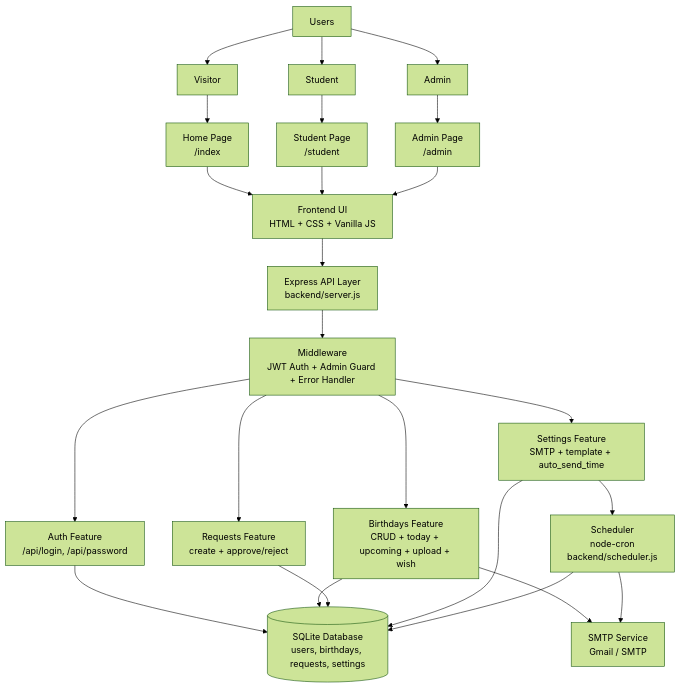
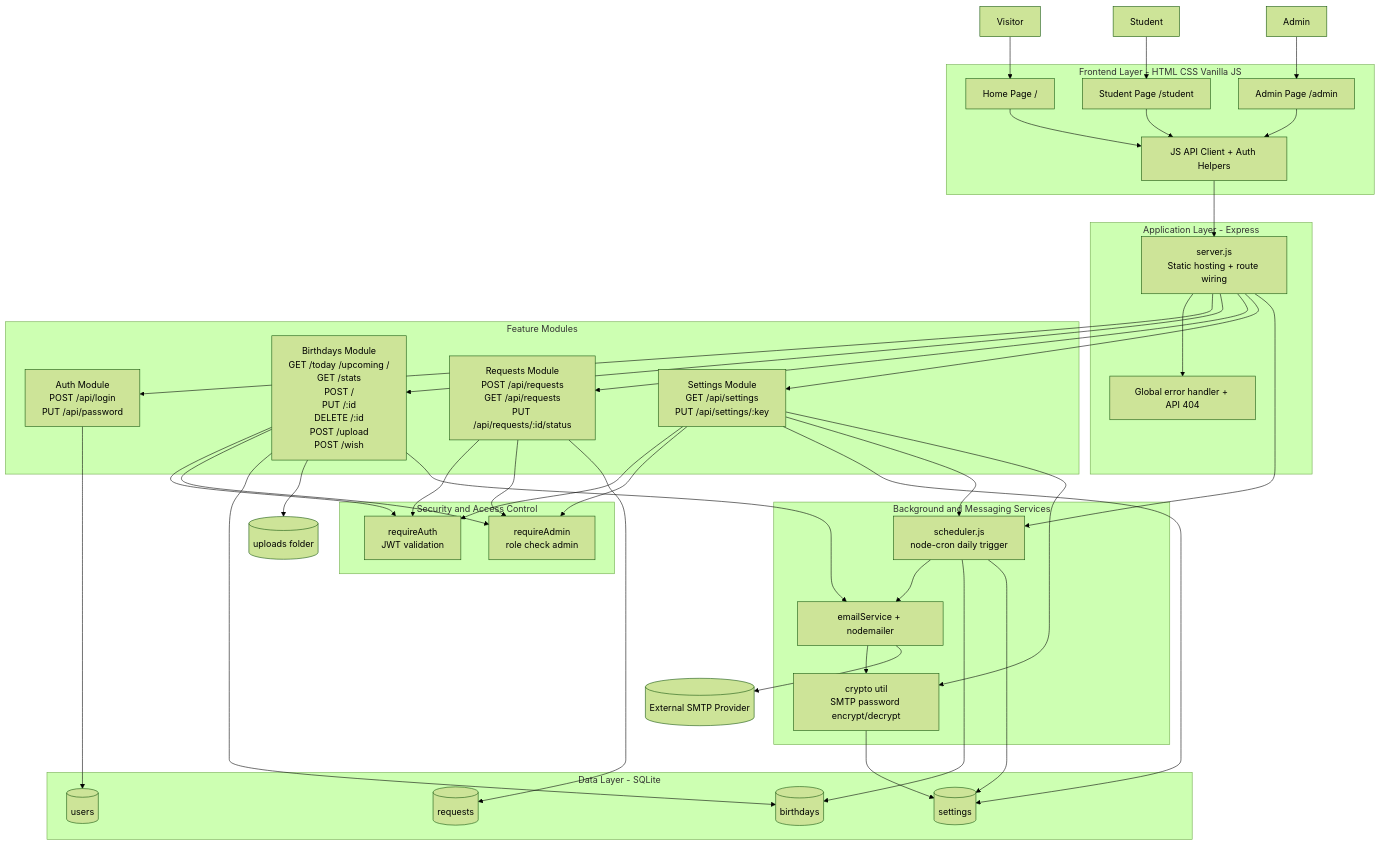
Before and after one commit to shrs425p/Birthday-Reminder: the diagram in BLOCK_DIAGRAM.md, drawn with Mermaid (forest theme). The commit also changed other lines of this file and 1 other file, not shown here.

````diff
--- a/BLOCK_DIAGRAM.md
+++ b/BLOCK_DIAGRAM.md
@@ -3,56 +3,98 @@
 ```mermaid
-flowchart TD
-    U[Users]
-    U1[Visitor]
-    U2[Student]
-    U3[Admin]
+flowchart TB
+    %% Actors
+    Visitor[Visitor]
+    Student[Student]
+    Admin[Admin]
 
-    FE[Frontend UI\nHTML + CSS + Vanilla JS]
-    P1[Home Page\n/index]
-    P2[Student Page\n/student]
-    P3[Admin Page\n/admin]
+    %% Frontend
+    subgraph FE[Frontend Layer - HTML CSS Vanilla JS]
+        Home[Home Page /]
+        StudentPage[Student Page /student]
+        AdminPage[Admin Page /admin]
+        ApiClient[JS API Client + Auth Helpers]
+    end
 
-    API[Express API Layer\nbackend/server.js]
+    %% Server entry
+    subgraph APP[Application Layer - Express]
+        Server[server.js\nStatic hosting + route wiring]
+        ErrorHandler[Global error handler + API 404]
+    end
 
-    A1[Auth Feature\n/api/login, /api/password]
-    A2[Birthdays Feature\nCRUD + today + upcoming + upload + wish]
-    A3[Requests Feature\ncreate + approve/reject]
-    A4[Settings Feature\nSMTP + template + auto_send_time]
+    %% Middleware
+    subgraph MW[Security and Access Control]
+        RequireAuth[requireAuth\nJWT validation]
+        RequireAdmin[requireAdmin\nrole check admin]
+    end
 
-    MID[Middleware\nJWT Auth + Admin Guard + Error Handler]
+    %% Feature modules
+    subgraph MOD[Feature Modules]
+        AuthMod[Auth Module\nPOST /api/login\nPUT /api/password]
+        BirthdaysMod[Birthdays Module\nGET /today /upcoming /\nGET /stats\nPOST /\nPUT /:id\nDELETE /:id\nPOST /upload\nPOST /wish]
+        RequestsMod[Requests Module\nPOST /api/requests\nGET /api/requests\nPUT /api/requests/:id/status]
+        SettingsMod[Settings Module\nGET /api/settings\nPUT /api/settings/:key]
+    end
 
-    DB[(SQLite Database\nusers, birthdays, requests, settings)]
+    %% Services
+    subgraph SVC[Background and Messaging Services]
+        Scheduler[scheduler.js\nnode-cron daily trigger]
+        Mailer[emailService + nodemailer]
+        Crypto[crypto util\nSMTP password encrypt/decrypt]
+    end
 
-    SCH[Scheduler\nnode-cron\nbackend/scheduler.js]
-    SMTP[SMTP Service\nGmail / SMTP]
+    %% Data
+    subgraph DBL[Data Layer - SQLite]
+        Users[(users)]
+        Birthdays[(birthdays)]
+        Requests[(requests)]
+        Settings[(settings)]
+    end
 
-    U --> U1
-    U --> U2
-    U --> U3
+    SMTP[(External SMTP Provider)]
+    Uploads[(uploads folder)]
 
-    U1 --> P1
-    U2 --> P2
-    U3 --> P3
+    %% Actor to frontend
+    Visitor --> Home
+    Student --> StudentPage
+    Admin --> AdminPage
 
-    P1 --> FE
-    P2 --> FE
-    P3 --> FE
+    %% Frontend to backend
+    Home --> ApiClient
+    StudentPage --> ApiClient
+    AdminPage --> ApiClient
+    ApiClient --> Server
+    Server --> ErrorHandler
 
-    FE --> API
+    %% Route access flow
+    Server --> AuthMod
+    Server --> BirthdaysMod
+    Server --> RequestsMod
+    Server --> SettingsMod
+    Server --> Scheduler
 
-    API --> MID
-    MID --> A1
-    MID --> A2
-    MID --> A3
-    MID --> A4
+    BirthdaysMod --> RequireAuth
+    RequestsMod --> RequireAuth
+    SettingsMod --> RequireAuth
+    BirthdaysMod --> RequireAdmin
+    RequestsMod --> RequireAdmin
+    SettingsMod --> RequireAdmin
 
-    A1 --> DB
-    A2 --> DB
-    A3 --> DB
-    A4 --> DB
+    %% Module to data
+    AuthMod --> Users
+    BirthdaysMod --> Birthdays
+    RequestsMod --> Requests
+    SettingsMod --> Settings
 
-    A2 --> SMTP
-    A4 --> SCH
-    SCH --> DB
-    SCH --> SMTP
+    %% Upload and mail flow
+    BirthdaysMod --> Uploads
+    BirthdaysMod --> Mailer
+    Scheduler --> Mailer
+    Scheduler --> Birthdays
+    Scheduler --> Settings
+    SettingsMod --> Scheduler
+
+    Mailer --> Crypto
+    SettingsMod --> Crypto
+    Crypto --> Settings
+    Mailer --> SMTP
 ```
````
